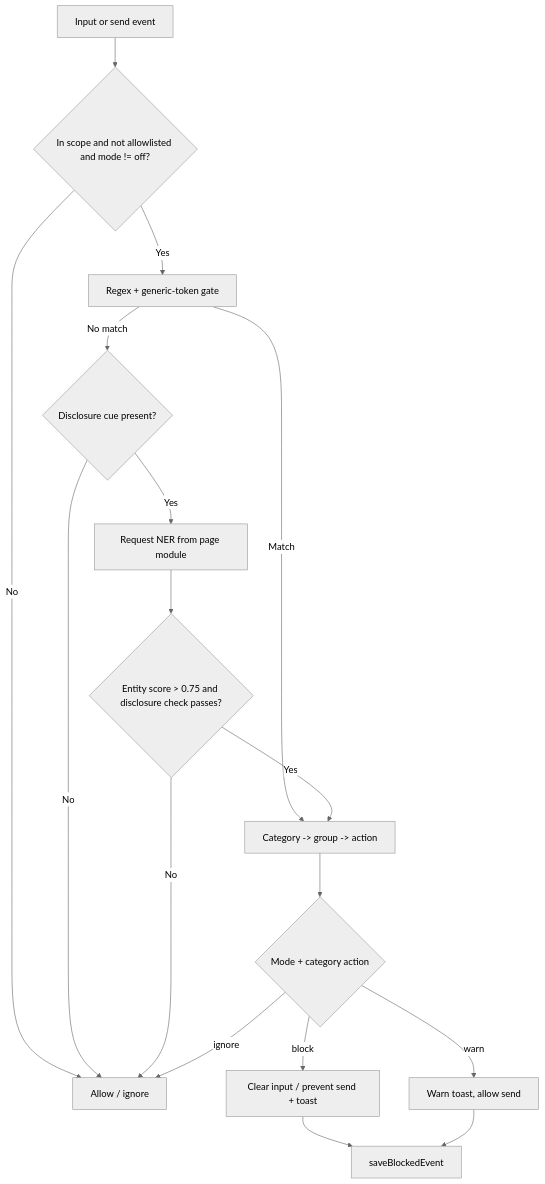
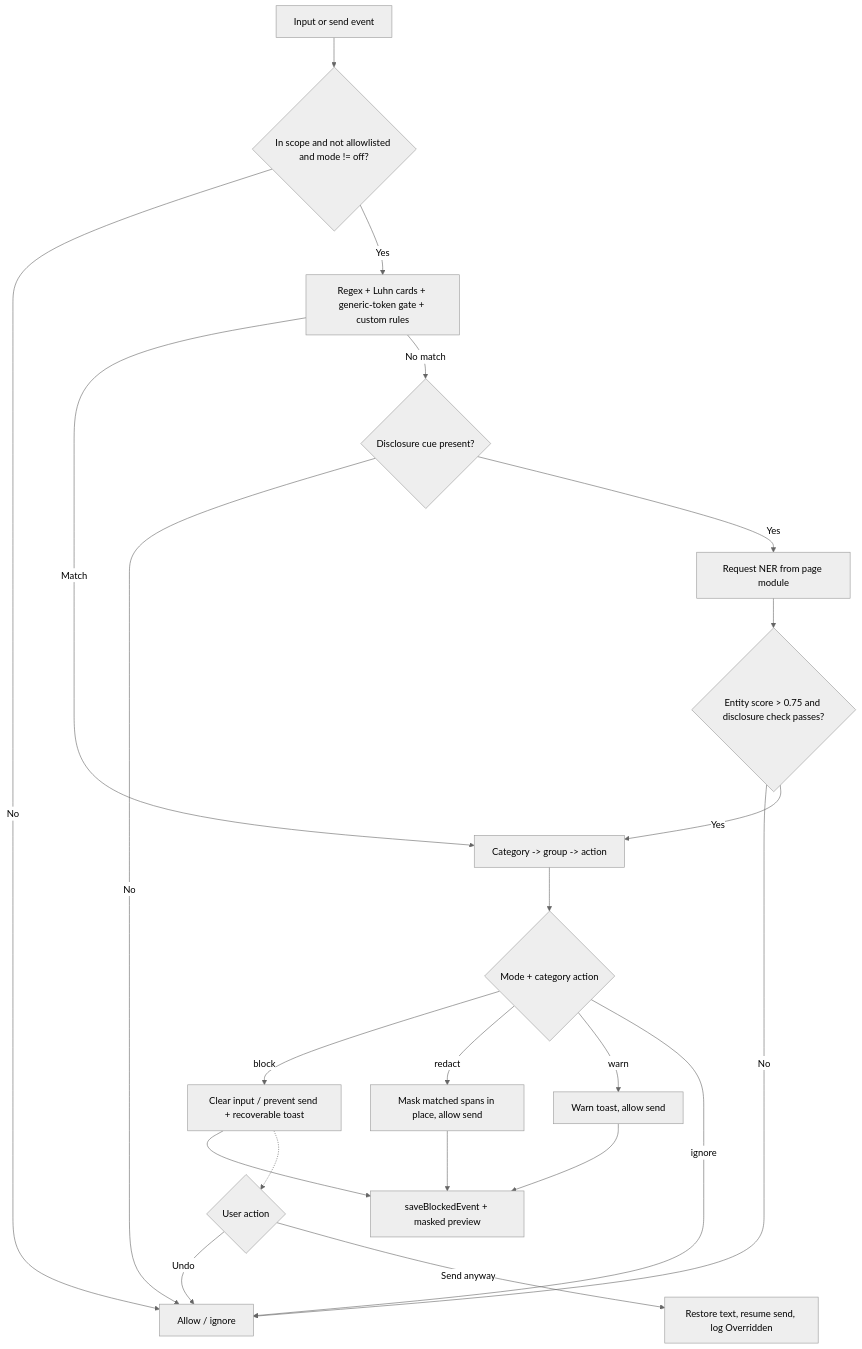
Before and after one commit to RevHeadGuy/LLM_DATA_LEAKAGE_MONITOR: the second of 2 diagrams in HLD.md, drawn with Mermaid (neutral theme). The commit also changed other lines of this file and 3 other files, not shown here.

First line of the commit message:
docs: update HLD, LLD, and architecture for v1.9 features

````diff
--- a/HLD.md
+++ b/HLD.md
@@ -97,19 +146,24 @@
 ```mermaid
 flowchart TD
     A[Input or send event] --> B{In scope and not allowlisted and mode != off?}
     B -- No --> Z[Allow / ignore]
-    B -- Yes --> C[Regex + generic-token gate]
+    B -- Yes --> C[Regex + Luhn cards + generic-token gate + custom rules]
     C -- Match --> D[Category -> group -> action]
     C -- No match --> E{Disclosure cue present?}
     E -- No --> Z
     E -- Yes --> F[Request NER from page module]
     F --> G{Entity score > 0.75 and disclosure check passes?}
     G -- No --> Z
     G -- Yes --> D
     D --> H{Mode + category action}
-    H -- block --> I[Clear input / prevent send + toast]
+    H -- block --> I[Clear input / prevent send + recoverable toast]
+    H -- redact --> R[Mask matched spans in place, allow send]
     H -- warn --> J[Warn toast, allow send]
     H -- ignore --> Z
-    I --> K[saveBlockedEvent]
+    I --> K[saveBlockedEvent + masked preview]
+    R --> K
     J --> K
+    I -.-> O{User action}
+    O -- Undo --> Z
+    O -- Send anyway --> OV[Restore text, resume send, log Overridden]
 ```
````
